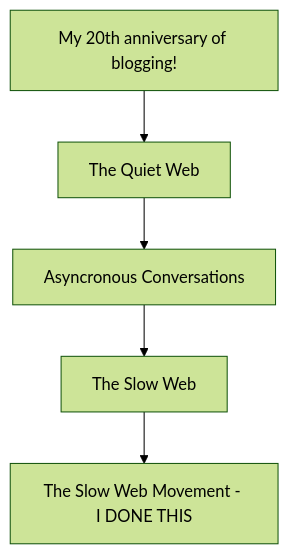
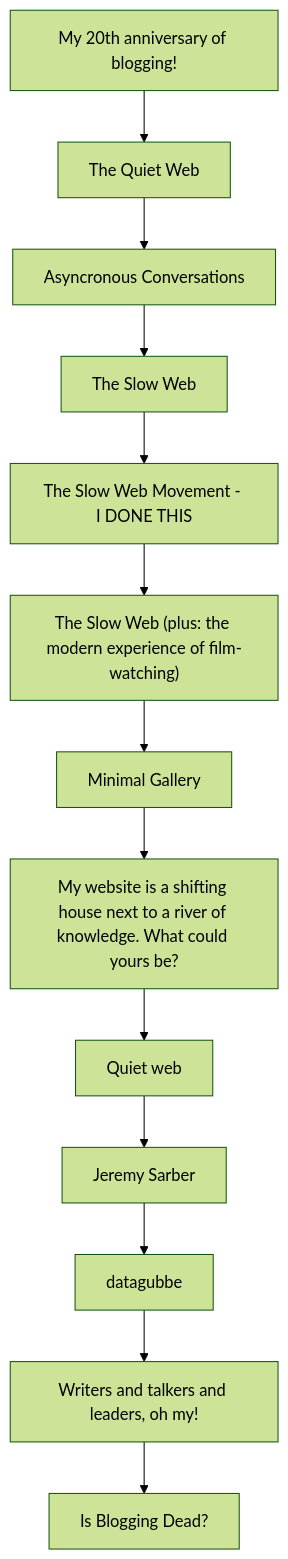
Before and after one commit to lqdev/luisquintanilla.me: the diagram in _src/posts/down-the-slow-web-rabbit-hole.md, drawn with Mermaid (forest theme). The commit also changed other lines of this file, not shown here.

````diff
--- a/_src/posts/down-the-slow-web-rabbit-hole.md
+++ b/_src/posts/down-the-slow-web-rabbit-hole.md
@@ -11,12 +11,28 @@
 ```mermaid
 flowchart TD
   A["My 20th anniversary of blogging!"] --> B["The Quiet Web"]
   B --> C["Asyncronous Conversations"]
   C --> D["The Slow Web"]
   D --> E["The Slow Web Movement - I DONE THIS"]
+  E --> F["The Slow Web (plus: the modern experience of film-watching)"]
+  F --> G["Minimal Gallery"]
+  G --> H["My website is a shifting house next to a river of knowledge. What could yours be?"]
+  H --> I["Quiet web"]
+  I --> J["Jeremy Sarber"]
+  J --> K["datagubbe"]
+  K --> L["Writers and talkers and leaders, oh my!"]
+  L --> M["Is Blogging Dead?"]
   click A href "https://tracydurnell.com/2023/09/23/my-20th-anniversary-of-blogging/" "My 20th anniversary of blogging!"
   click B href "https://briankoberlein.com/tech/quiet-web/" "The Quiet Web"
   click C href "https://manuelmoreale.com/asynchronous-conversations" "Asyncronous Conversations"
   click D href "https://www.jackcheng.com/the-slow-web/" "The Slow Web"
   click E href "https://blog.idonethis.com/the-slow-web-movement/?ref=jackcheng.com" "The Slow Web Movement - I DONE THIS"
+  click F href "http://www.rebeccablood.net/archive/2010/06/a_slow_web.html" "The Slow Web (plus: the modern experience of film-watching)"
+  click G href "https://minimal.gallery/" "Minimal Gallery"
+  click H href "https://thecreativeindependent.com/essays/laurel-schwulst-my-website-is-a-shifting-house-next-to-a-river-of-knowledge-what-could-yours-be/" "My website is a shifting house next to a river of knowledge. What could yours be?"
+  click I href "https://manuelmoreale.com/quiet-web" "Quiet web"
+  click J href "https://jeremysarber.com/" "Jeremy Sarber"
+  click K href "https://datagubbe.se/" "datagubbe"
+  click L href "https://everythingchanges.us/blog/writers-and-talkers-and-leaders/" "Writers and talkers and leaders, oh my!"
+  click M href "https://abeautifulmess.com/is-blogging-dead/" "Is Blogging Dead?"
 ```
````
